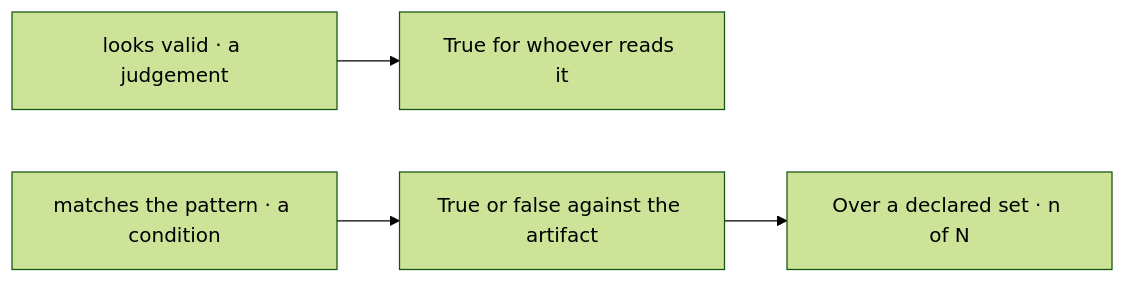
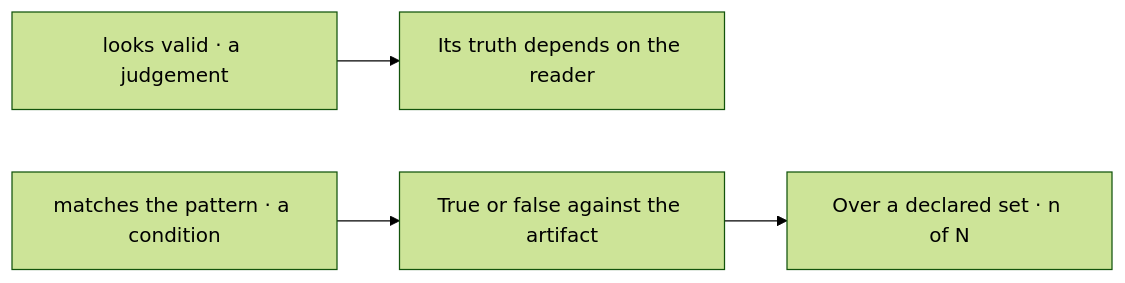
Before and after one commit to Varietyz/Disciplined-AI-Software-Development: the second of 4 diagrams in pag/VALIDATION.md, drawn with Mermaid (forest theme). The commit also changed other lines of this file and 25 other files, not shown here.

````diff
--- a/pag/VALIDATION.md
+++ b/pag/VALIDATION.md
@@ -93,10 +95,10 @@
 ```mermaid
 flowchart LR
 judgement["looks valid · a judgement"]
-who["True for whoever reads it"]
+who["Its truth depends on the reader"]
 condition["matches the pattern · a condition"]
 what["True or false against the artifact"]
 domain["Over a declared set · n of N"]
 judgement --> who
 condition --> what --> domain
 ```
````
